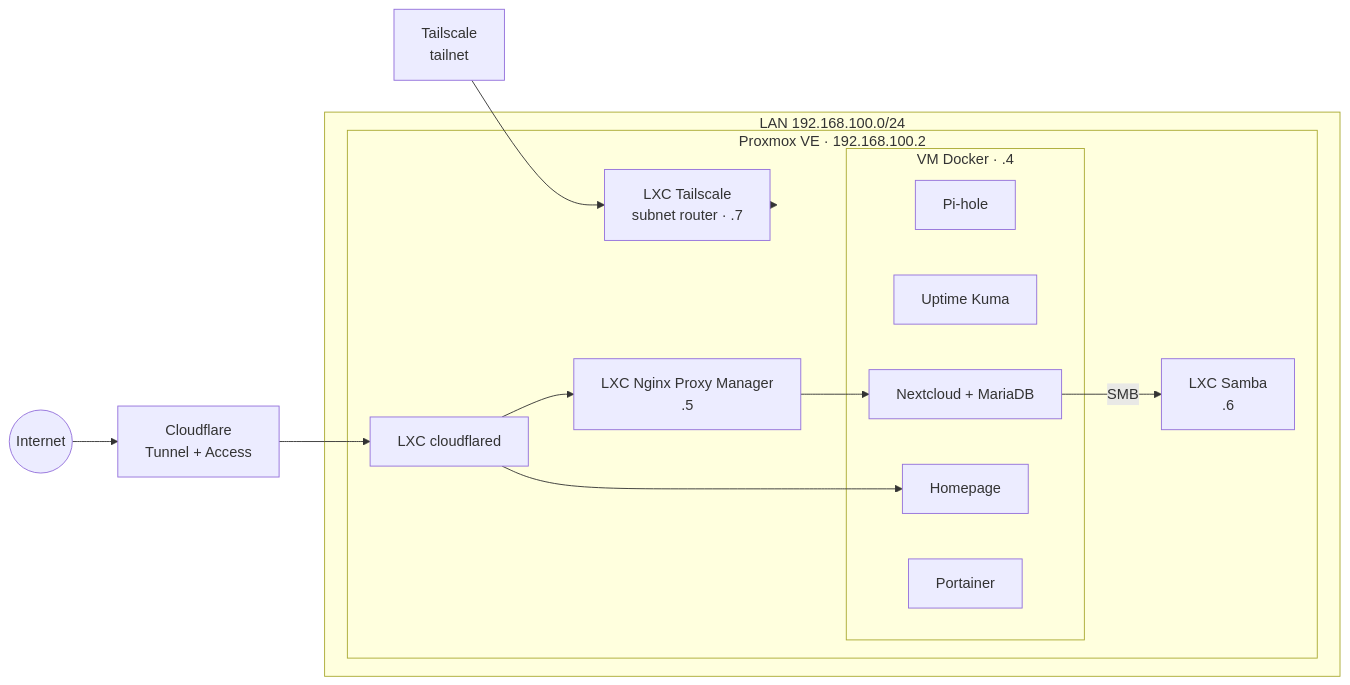
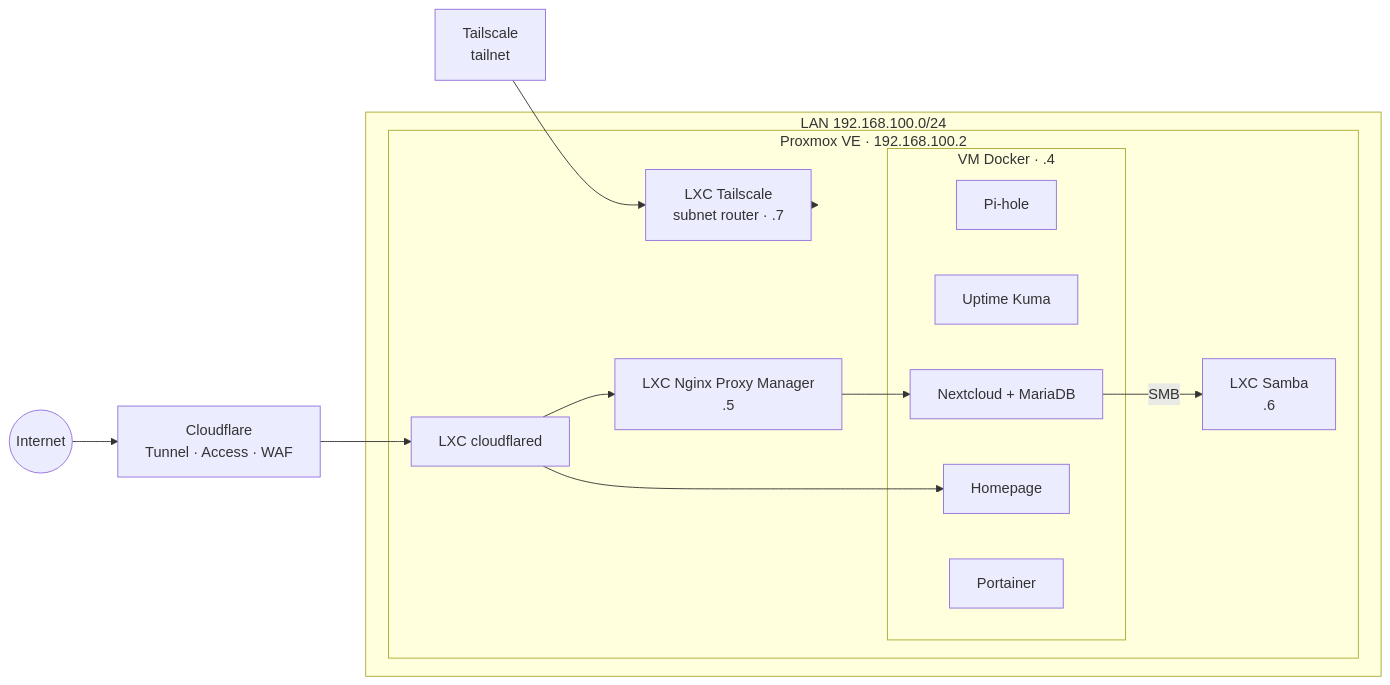
One commit to Yocq/homelab-docs changed the diagram in README.md. Above: the diagram before and after it, drawn with Mermaid. The commit also changed other lines of this file and 5 other files, not shown here.

````diff
--- a/README.md
+++ b/README.md
@@ -11,28 +11,28 @@
 ```mermaid
 flowchart LR
     internet((Internet))
-    cf[Cloudflare<br/>Tunnel + Access]
+    cf[Cloudflare<br/>Tunnel · Access · WAF]
     ts[Tailscale<br/>tailnet]
 
     subgraph lan[LAN 192.168.100.0/24]
         subgraph pve[Proxmox VE · 192.168.100.2]
             cfd[LXC cloudflared]
             npm[LXC Nginx Proxy Manager<br/>.5]
             tsr[LXC Tailscale<br/>subnet router · .7]
             smb[LXC Samba<br/>.6]
             subgraph vm[VM Docker · .4]
                 pihole[Pi-hole]
                 kuma[Uptime Kuma]
                 nc[Nextcloud + MariaDB]
                 home[Homepage]
                 port[Portainer]
             end
         end
     end
 
     internet --> cf --> cfd --> npm
     npm --> nc
     cfd --> home
     ts --> tsr --> lan
     nc -- SMB --> smb
 ```
````
